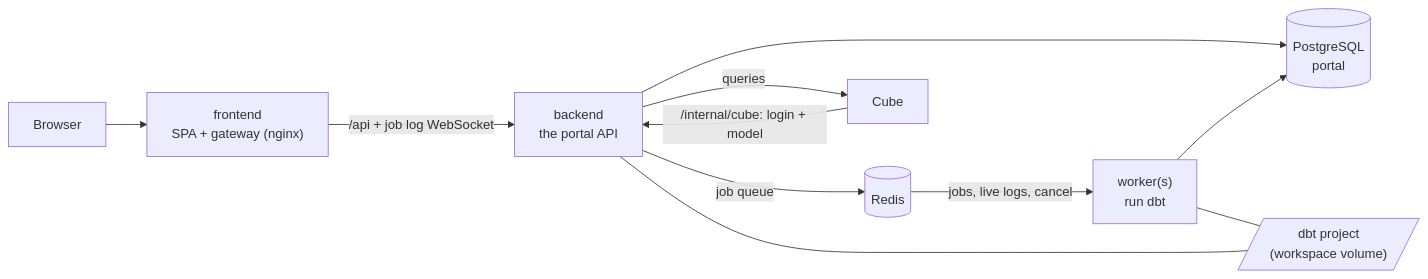
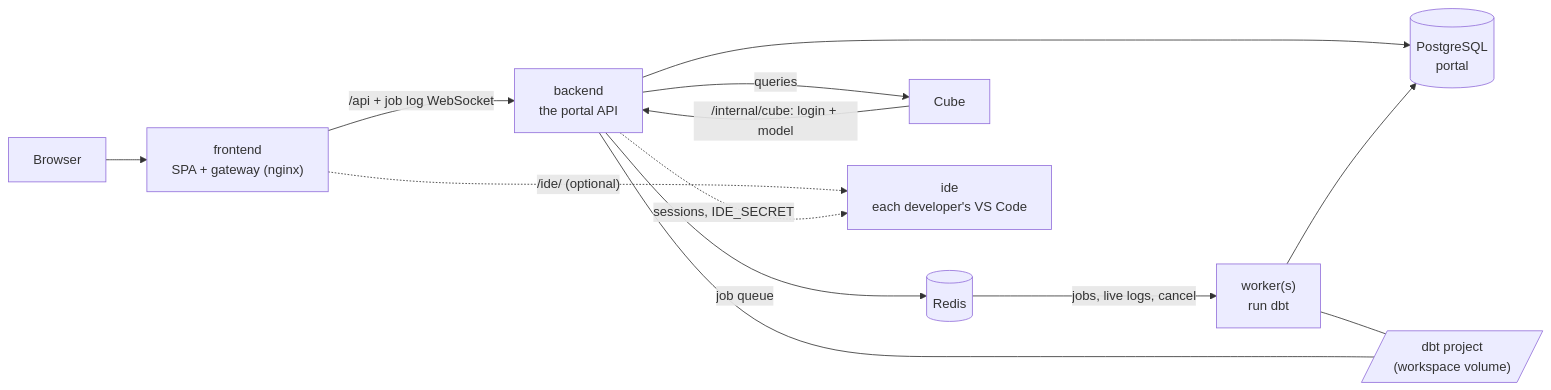
Before and after one commit to omaryehia015/capgemini-dbt-portal-deploy: the first of 2 diagrams in docs/ARCHITECTURE.md, drawn with Mermaid. The commit also changed other lines of this file and 13 other files, not shown here.

First line of the commit message:
VS Code: the ide service, opt-in with --vscode

````diff
--- a/docs/ARCHITECTURE.md
+++ b/docs/ARCHITECTURE.md
@@ -8,11 +8,13 @@
 ```mermaid
 flowchart LR
   B[Browser] --> G["frontend<br/>SPA + gateway (nginx)"]
   G -- "/api + job log WebSocket" --> A["backend<br/>the portal API"]
   A -- "job queue" --> R[(Redis)]
   R -- "jobs, live logs, cancel" --> W["worker(s)<br/>run dbt"]
   C[Cube] -- "/internal/cube: login + model" --> A
   A -- "queries" --> C
   A & W --> P[(PostgreSQL<br/>portal)]
   W & A --- WS[/"dbt project<br/>(workspace volume)"/]
+  G -. "/ide/ (optional)" .-> I["ide<br/>each developer's VS Code"]
+  A -. "sessions, IDE_SECRET" .-> I
 ```
````
